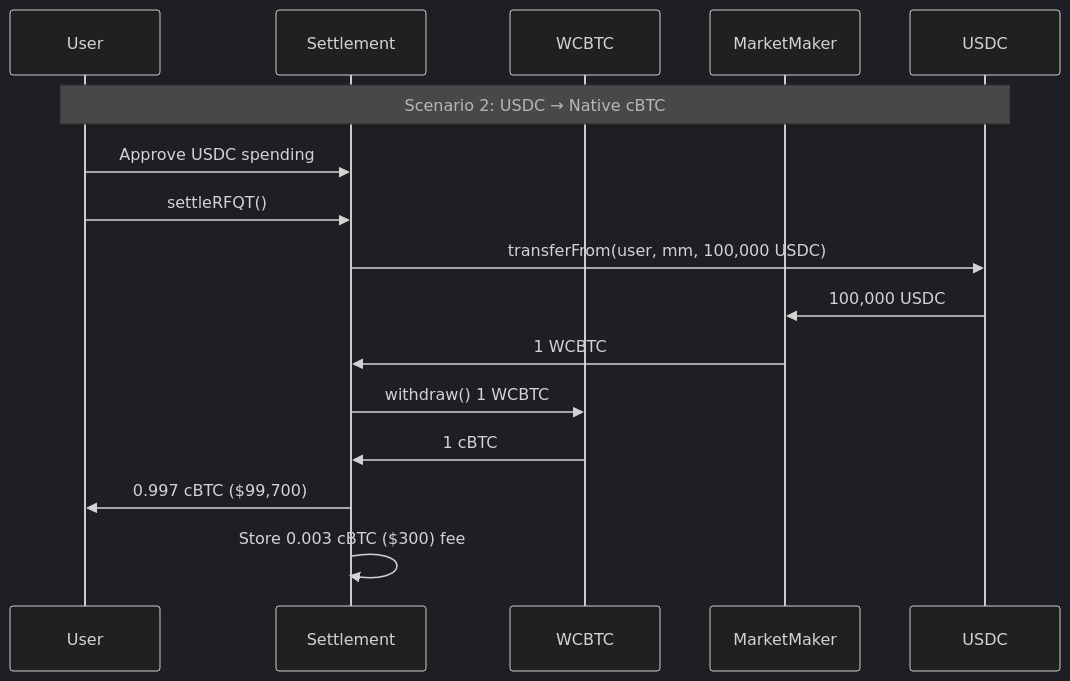
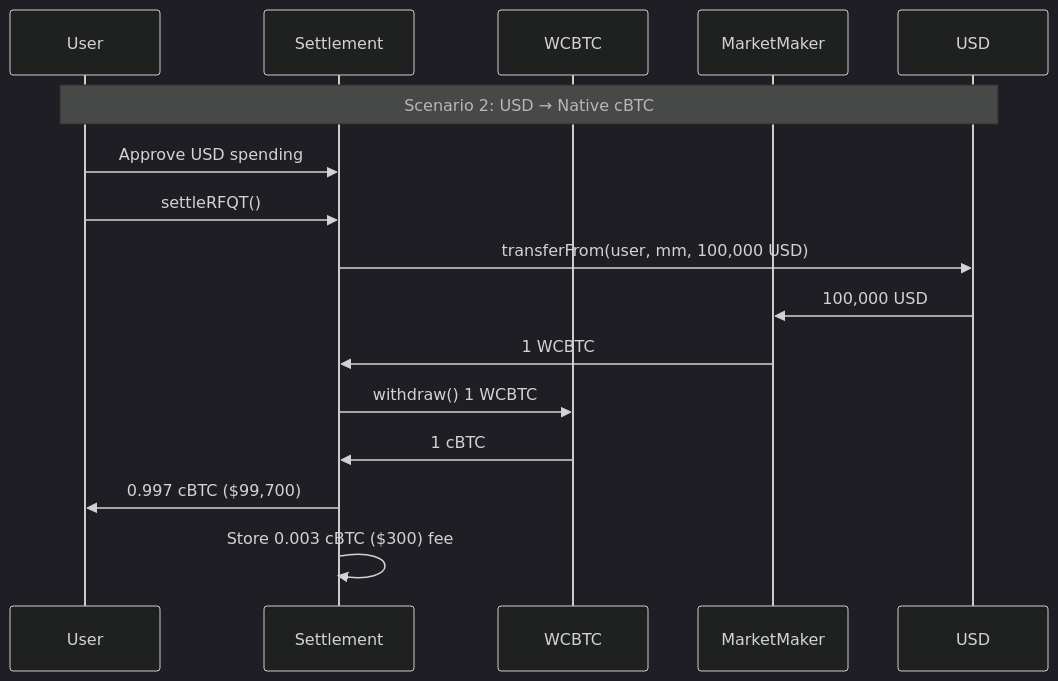
One commit to crest-bitcoin/docs changed the third of 4 diagrams in trading/rfqt.mdx. Above: the diagram before and after it, drawn with Mermaid (dark theme). The commit also changed other lines of this file and 6 other files, not shown here.

````diff
--- a/trading/rfqt.mdx
+++ b/trading/rfqt.mdx
@@ -92,19 +92,19 @@
 ```mermaid
 sequenceDiagram
     participant User
     participant Settlement
     participant WCBTC
     participant MarketMaker
-    participant USDC
+    participant USD
 
-    Note over User,USDC: Scenario 2: USDC → Native cBTC
-    User->>Settlement: Approve USDC spending
+    Note over User,USD: Scenario 2: USD → Native cBTC
+    User->>Settlement: Approve USD spending
     User->>Settlement: settleRFQT()
-    Settlement->>USDC: transferFrom(user, mm, 100,000 USDC)
-    USDC->>MarketMaker: 100,000 USDC
+    Settlement->>USD: transferFrom(user, mm, 100,000 USD)
+    USD->>MarketMaker: 100,000 USD
     MarketMaker->>Settlement: 1 WCBTC
     Settlement->>WCBTC: withdraw() 1 WCBTC
     WCBTC->>Settlement: 1 cBTC
     Settlement->>User: 0.997 cBTC ($99,700)
     Settlement->>Settlement: Store 0.003 cBTC ($300) fee
 ```
````
